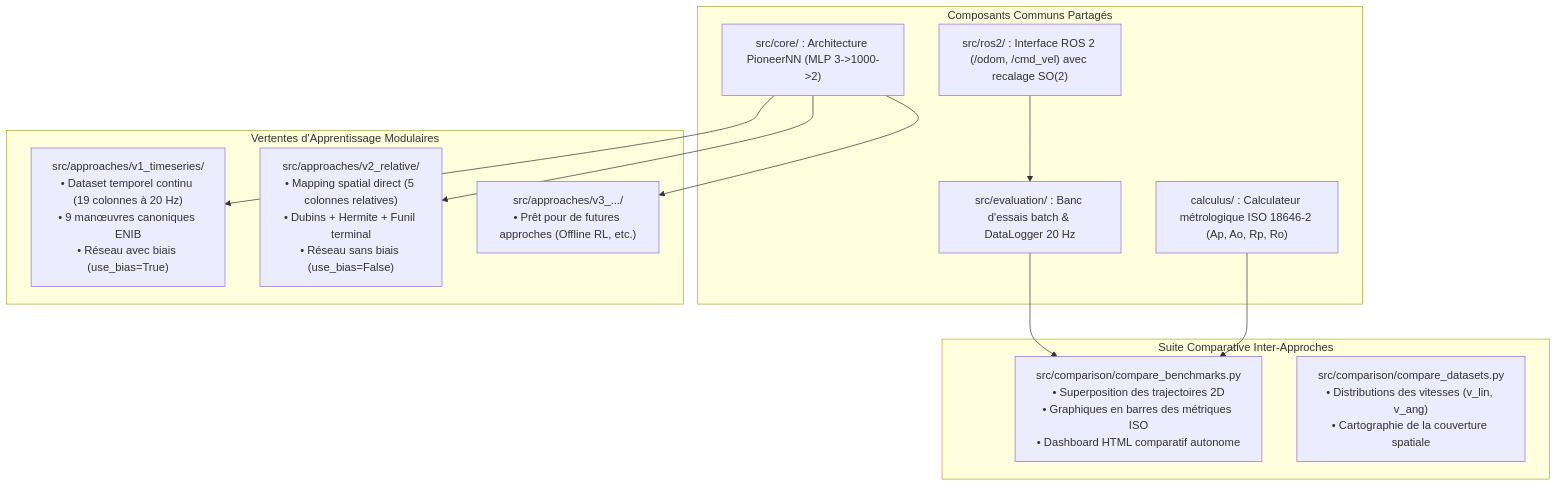
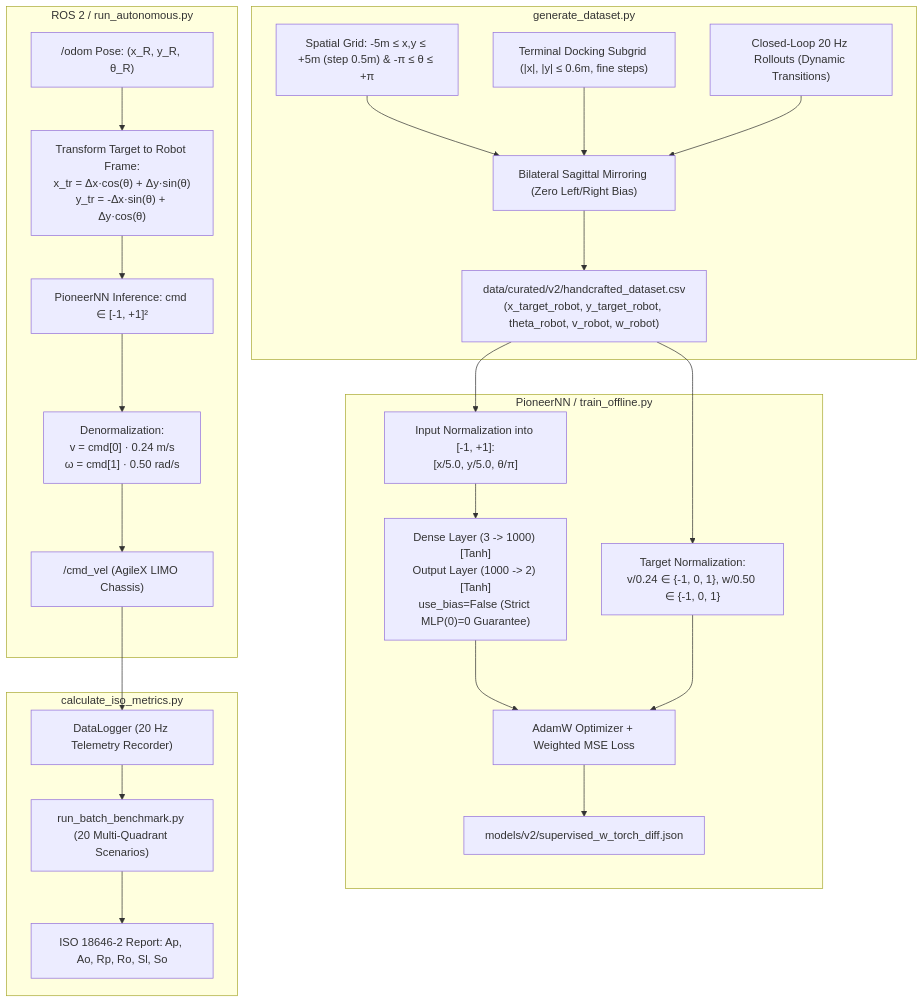
Before and after one commit to jupivato/limo-offline-learning: the diagram in README.md, drawn with Mermaid. The commit also changed other lines of this file and 34 other files, not shown here.

Commit message:
refactor: clean repository, implement robot-centric discrete V2 framework and triple training engine

````diff
--- a/README.md
+++ b/README.md
@@ -17,27 +17,40 @@
 ```mermaid
 graph TD
-    subgraph Noyau Commun [Composants Communs Partagés]
-        Core["src/core/ : Architecture PioneerNN (MLP 3->1000->2)"]
-        ROS["src/ros2/ : Interface ROS 2 (/odom, /cmd_vel) avec recalage SO(2)"]
-        Eval["src/evaluation/ : Banc d'essais batch & DataLogger 20 Hz"]
-        Calc["calculus/ : Calculateur métrologique ISO 18646-2 (Ap, Ao, Rp, Ro)"]
+    subgraph Synthetic Dataset Generation [generate_dataset.py]
+        Grid["Spatial Grid: -5m ≤ x,y ≤ +5m (step 0.5m) & -π ≤ θ ≤ +π"]
+        Dock["Terminal Docking Subgrid (|x|, |y| ≤ 0.6m, fine steps)"]
+        Rollouts["Closed-Loop 20 Hz Rollouts (Dynamic Transitions)"]
+        Sym["Bilateral Sagittal Mirroring (Zero Left/Right Bias)"]
+        Grid --> Sym
+        Dock --> Sym
+        Rollouts --> Sym
+        Sym --> CSV["data/curated/v2/handcrafted_dataset.csv\n(x_target_robot, y_target_robot, theta_robot, v_robot, w_robot)"]
     end
 
-    subgraph Approches [Vertentes d'Apprentissage Modulaires]
-        V1["src/approaches/v1_timeseries/\n• Dataset temporel continu (19 colonnes à 20 Hz)\n• 9 manœuvres canoniques ENIB\n• Réseau avec biais (use_bias=True)"]
-        V2["src/approaches/v2_relative/\n• Mapping spatial direct (5 colonnes relatives)\n• Dubins + Hermite + Funil terminal\n• Réseau sans biais (use_bias=False)"]
-        Vn["src/approaches/v3_.../\n• Prêt pour de futures approches (Offline RL, etc.)"]
+    subgraph Neural Network Training [PioneerNN / train_offline.py]
+        NormIn["Input Normalization into [-1, +1]:\n[x/5.0, y/5.0, θ/π]"]
+        MLP["Dense Layer (3 -> 1000) [Tanh]\nOutput Layer (1000 -> 2) [Tanh]\nuse_bias=False (Strict MLP(0)=0 Guarantee)"]
+        NormOut["Target Normalization:\nv/0.24 ∈ {-1, 0, 1}, w/0.50 ∈ {-1, 0, 1}"]
+        Loss["AdamW Optimizer + Weighted MSE Loss"]
+        CSV --> NormIn --> MLP --> Loss
+        CSV --> NormOut --> Loss
+        Loss --> Weights["models/v2/supervised_w_torch_diff.json"]
     end
 
-    subgraph Comparaison [Suite Comparative Inter-Approches]
-        CmpBench["src/comparison/compare_benchmarks.py\n• Superposition des trajectoires 2D\n• Graphiques en barres des métriques ISO\n• Dashboard HTML comparatif autonome"]
-        CmpData["src/comparison/compare_datasets.py\n• Distributions des vitesses (v_lin, v_ang)\n• Cartographie de la couverture spatiale"]
+    subgraph Closed-Loop Autonomous Control [ROS 2 / run_autonomous.py]
+        Odom["/odom Pose: (x_R, y_R, θ_R)"]
+        Transform["Transform Target to Robot Frame:\nx_tr = Δx·cos(θ) + Δy·sin(θ)\ny_tr = -Δx·sin(θ) + Δy·cos(θ)"]
+        Inference["PioneerNN Inference: cmd ∈ [-1, +1]²"]
+        Denorm["Denormalization:\nv = cmd[0] · 0.24 m/s\nω = cmd[1] · 0.50 rad/s"]
+        CmdVel["/cmd_vel (AgileX LIMO Chassis)"]
+        
+        Odom --> Transform --> Inference --> Denorm --> CmdVel
     end
 
-    Core --> V1
-    Core --> V2
-    Core --> Vn
-    ROS --> Eval
-    Eval --> CmpBench
-    Calc --> CmpBench
+    subgraph Metrology & Benchmarking [calculate_iso_metrics.py]
+        Logger["DataLogger (20 Hz Telemetry Recorder)"]
+        Bench["run_batch_benchmark.py (20 Multi-Quadrant Scenarios)"]
+        ISO["ISO 18646-2 Report: Ap, Ao, Rp, Ro, Sl, So"]
+        CmdVel --> Logger --> Bench --> ISO
+    end
 ```
````
